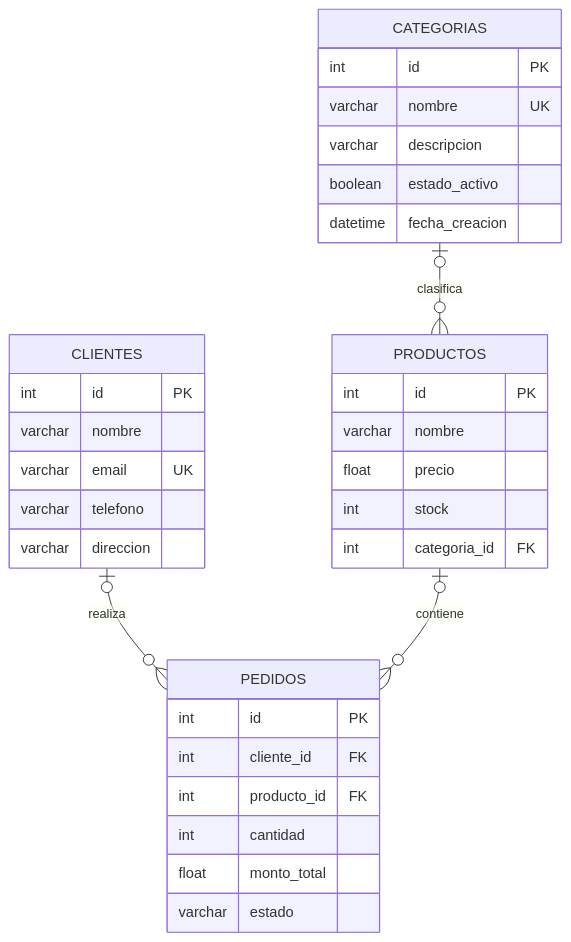
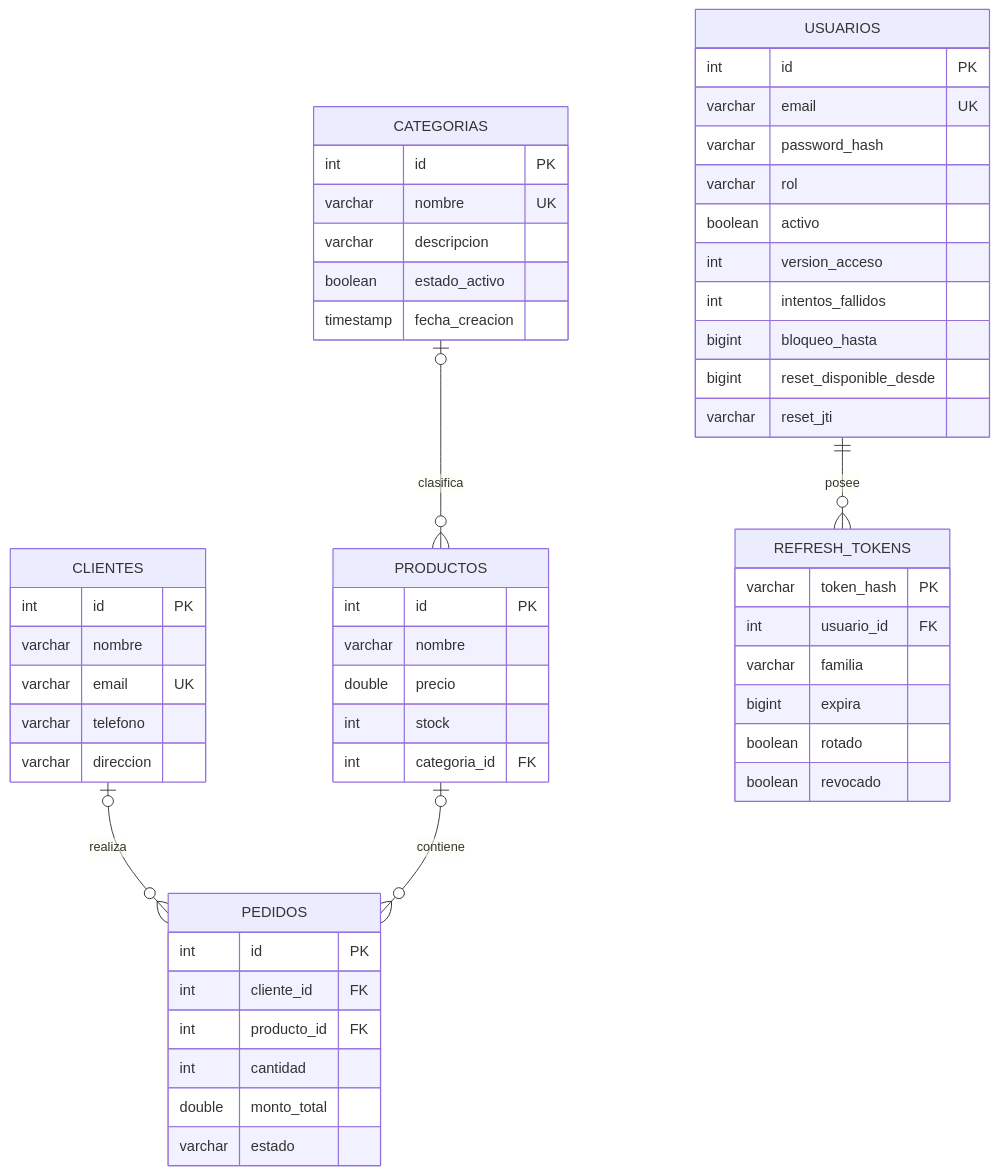
Before and after one commit to BenjaVarela/backend-2026-grupo-3: the diagram in docs/diagrama-datos.md, drawn with Mermaid. The commit also changed other lines of this file and 6 other files, not shown here.

````diff
--- a/docs/diagrama-datos.md
+++ b/docs/diagrama-datos.md
@@ -5,35 +3,57 @@
 ```mermaid
 erDiagram
     CATEGORIAS |o--o{ PRODUCTOS : clasifica
     CLIENTES |o--o{ PEDIDOS : realiza
     PRODUCTOS |o--o{ PEDIDOS : contiene
+    USUARIOS ||--o{ REFRESH_TOKENS : posee
 
-    CATEGORIAS 
-        {int id PK
+    CATEGORIAS {
+        int id PK
         varchar nombre UK
         varchar descripcion
         boolean estado_activo
-        datetime fecha_creacion}
-
-    CLIENTES 
-        {int id PK
+        timestamp fecha_creacion
+    }
+    CLIENTES {
+        int id PK
         varchar nombre
         varchar email UK
         varchar telefono
-        varchar direccion}
-
-    PRODUCTOS 
-        {int id PK
+        varchar direccion
+    }
+    PRODUCTOS {
+        int id PK
         varchar nombre
-        float precio
+        double precio
         int stock
-        int categoria_id FK}
-
-    PEDIDOS 
-        {int id PK
+        int categoria_id FK
+    }
+    PEDIDOS {
+        int id PK
         int cliente_id FK
         int producto_id FK
         int cantidad
-        float monto_total
-        varchar estado}
+        double monto_total
+        varchar estado
+    }
+    USUARIOS {
+        int id PK
+        varchar email UK
+        varchar password_hash
+        varchar rol
+        boolean activo
+        int version_acceso
+        int intentos_fallidos
+        bigint bloqueo_hasta
+        bigint reset_disponible_desde
+        varchar reset_jti
+    }
+    REFRESH_TOKENS {
+        varchar token_hash PK
+        int usuario_id FK
+        varchar familia
+        bigint expira
+        boolean rotado
+        boolean revocado
+    }
 ```
````
